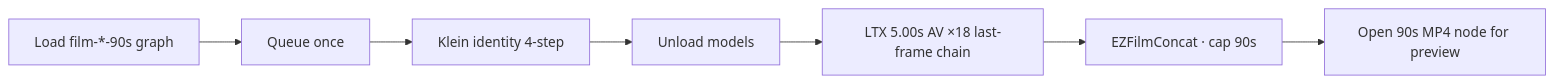
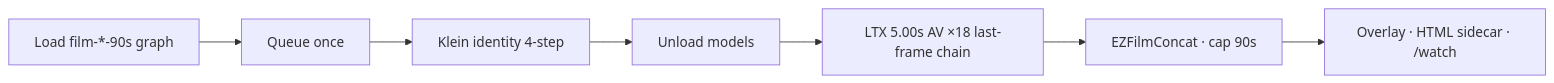
One commit to toxicoder/ez-comfy-stack changed the diagram in docs/shorts.md. Above: the diagram before and after it, drawn with Mermaid. The commit also changed other lines of this file and 27 other files, not shown here.

````diff
--- a/docs/shorts.md
+++ b/docs/shorts.md
@@ -66,9 +67,9 @@
 ```mermaid
 flowchart LR
   Load["Load film-*-90s graph"] --> Q["Queue once"]
   Q --> Klein["Klein identity 4-step"]
   Klein --> Unload["Unload models"]
   Unload --> Shot["LTX 5.00s AV ×18 last-frame chain"]
   Shot --> Concat["EZFilmConcat · cap 90s"]
-  Concat --> Preview["Open 90s MP4 node for preview"]
+  Concat --> Preview["Overlay · HTML sidecar · /watch"]
 ```
````
